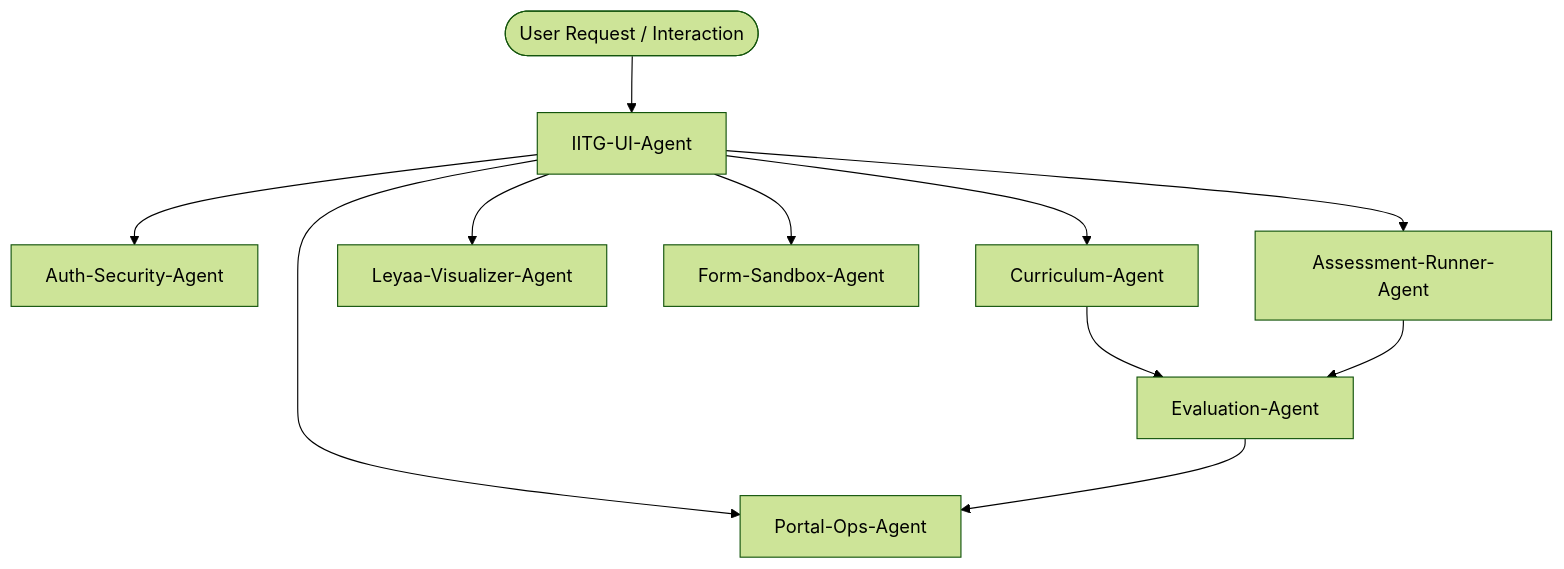
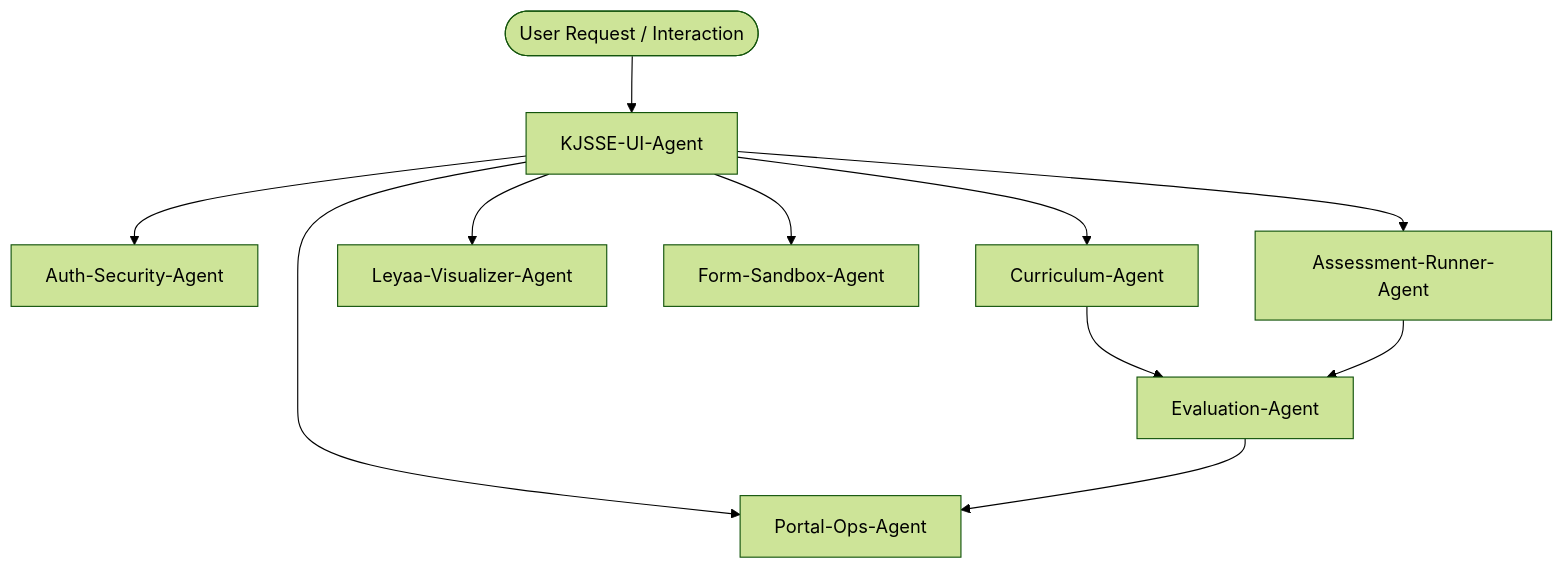
The diagram in .gemini/AGENTS.md (shloknmehta/FSD_VLab), drawn with Mermaid (forest theme) before and after one commit. The commit also changed other lines of this file and 13 other files, not shown here.

Commit message:
chore: rebrand institution from IITG to KJSSE (K. J. Somaiya School of Engineering)

````diff
--- a/.gemini/AGENTS.md
+++ b/.gemini/AGENTS.md
@@ -26,14 +26,14 @@
 ```mermaid
 graph TD
-    User([User Request / Interaction]) --> UI[IITG-UI-Agent]
+    User([User Request / Interaction]) --> UI[KJSSE-UI-Agent]
     UI --> Auth[Auth-Security-Agent]
     UI --> Curr[Curriculum-Agent]
     UI --> Vis[Leyaa-Visualizer-Agent]
     UI --> Sand[Form-Sandbox-Agent]
     UI --> Assess[Assessment-Runner-Agent]
     UI --> Portal[Portal-Ops-Agent]
     
     Curr --> Eval[Evaluation-Agent]
     Assess --> Eval
     Eval --> Portal
 ```
````
